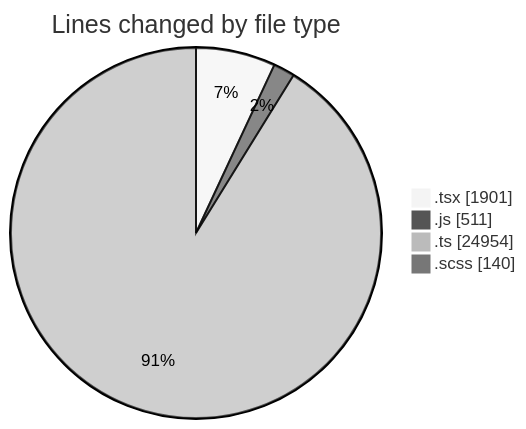
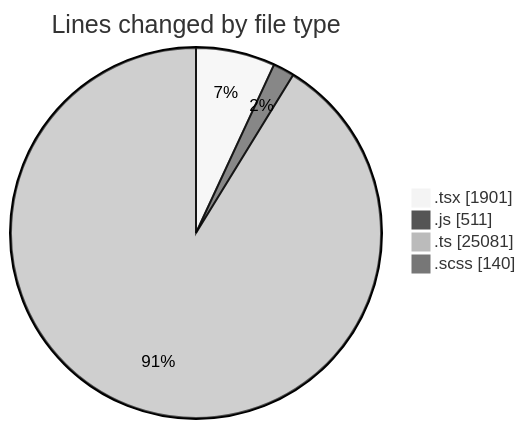
The first of 2 diagrams in 2025-06-30/cda/README.md (momahboobian/code-tracking), drawn with Mermaid (neutral theme) before and after one commit. The commit also changed other lines of this file and 1 other file, not shown here.

````diff
--- a/2025-06-30/cda/README.md
+++ b/2025-06-30/cda/README.md
@@ -37,8 +39,8 @@
 ```mermaid
 pie showData
 title Lines changed by file type
 ".tsx" : 1901
 ".js" : 511
-".ts" : 24954
+".ts" : 25081
 ".scss" : 140
 ```
````
